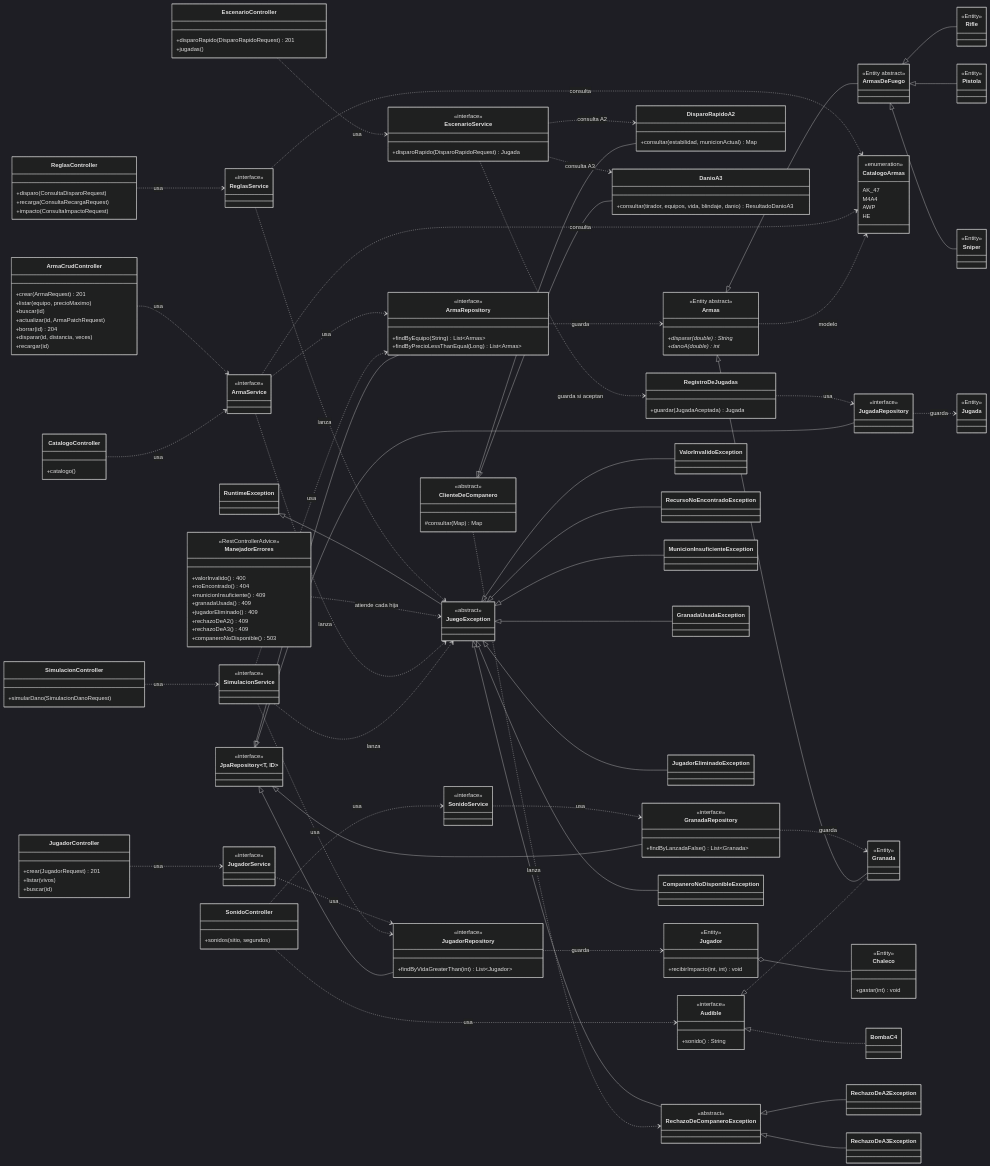
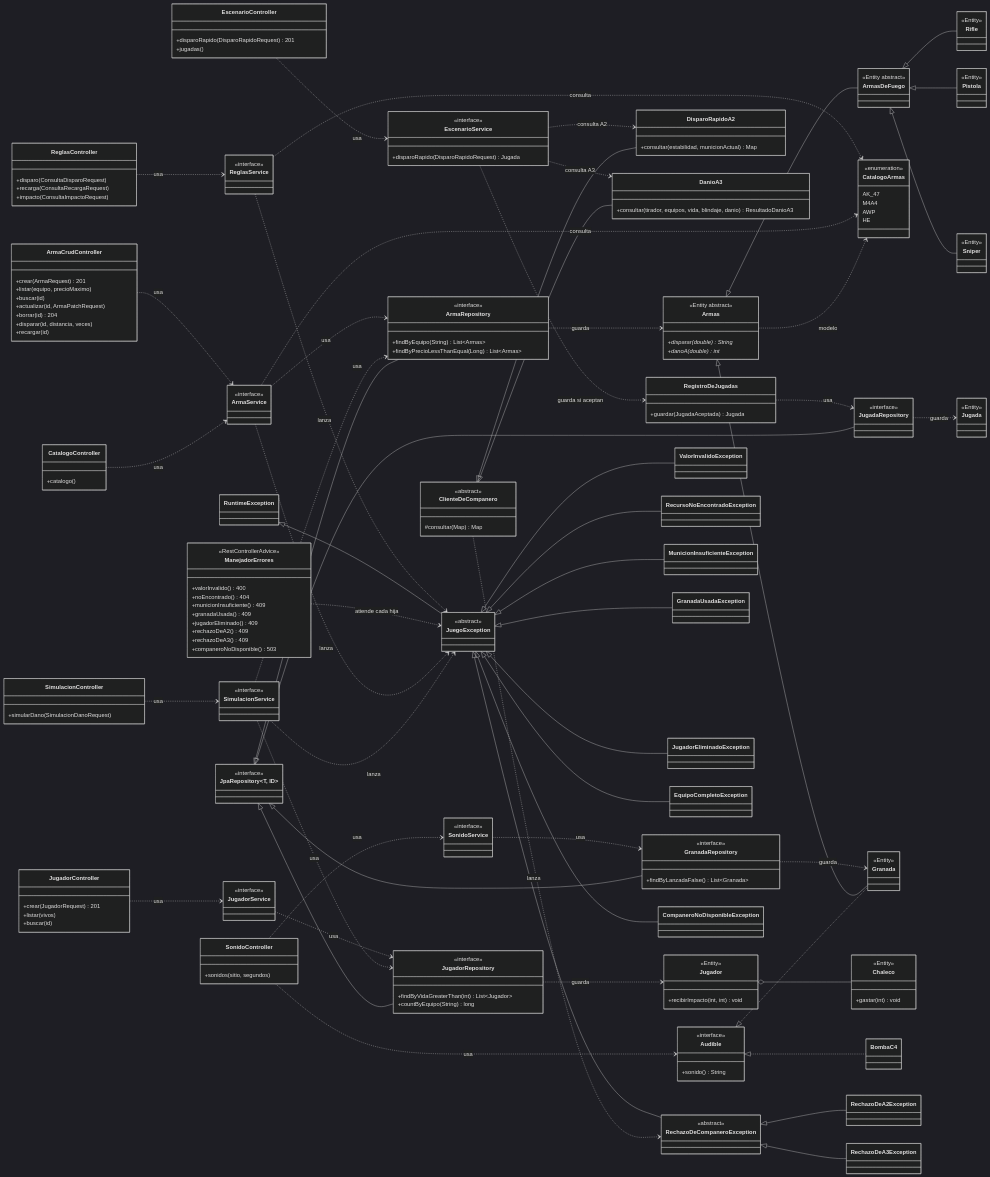
Before and after one commit to Pomona06/MK-taller-git-2026: the first of 2 diagrams in README.md, drawn with Mermaid (dark theme). The commit also changed other lines of this file and 3 other files, not shown here.

```diff
--- a/README.md
+++ b/README.md
@@ -583,6 +618,7 @@
     class JugadorRepository {
         <<interface>>
         +findByVidaGreaterThan(int) List~Jugador~
+        +countByEquipo(String) long
     }
     class JpaRepository~T, ID~ {
         <<interface>>
@@ -629,6 +665,7 @@
     class MunicionInsuficienteException
     class GranadaUsadaException
     class JugadorEliminadoException
+    class EquipoCompletoException
     class RechazoDeCompaneroException {
         <<abstract>>
     }
@@ -681,6 +718,7 @@
     JuegoException <|-- MunicionInsuficienteException
     JuegoException <|-- GranadaUsadaException
     JuegoException <|-- JugadorEliminadoException
+    JuegoException <|-- EquipoCompletoException
     JuegoException <|-- RechazoDeCompaneroException
     RechazoDeCompaneroException <|-- RechazoDeA2Exception
     RechazoDeCompaneroException <|-- RechazoDeA3Exception
```
